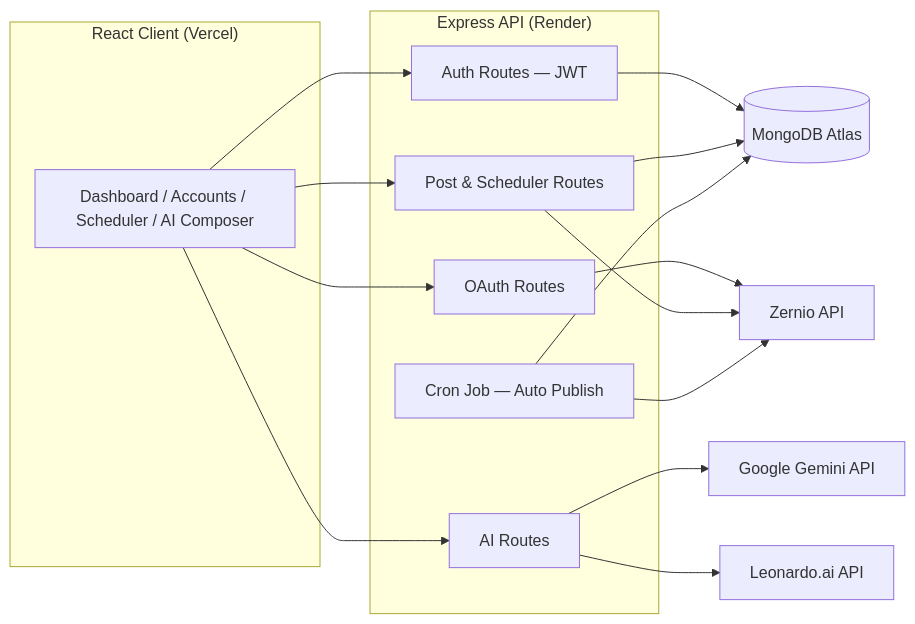
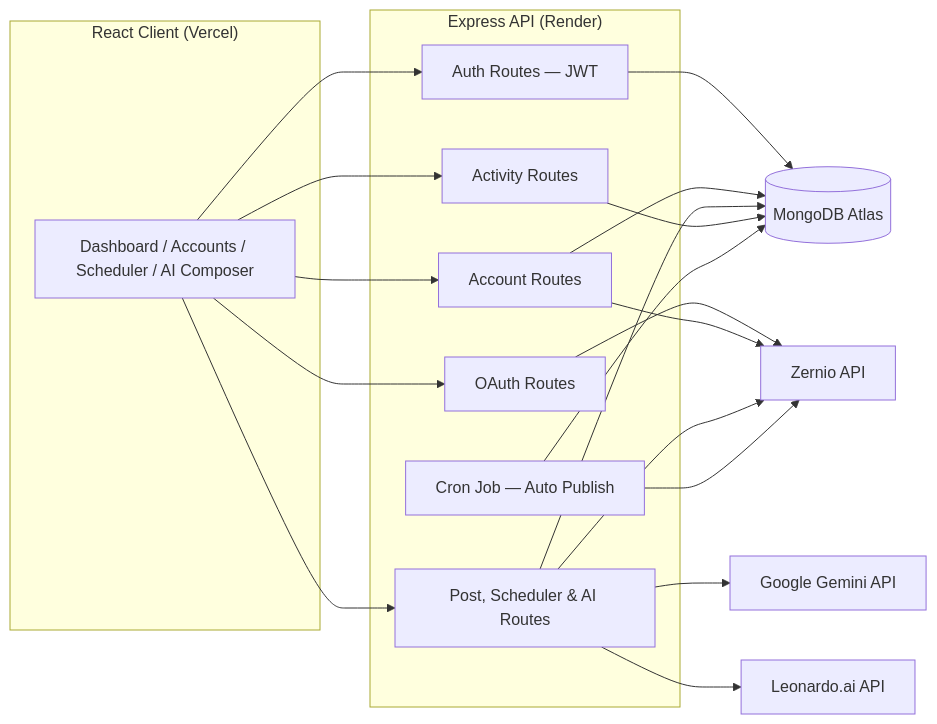
Before and after one commit to vectorwizard/Social-Media-Scheduler: the diagram in README.md, drawn with Mermaid. The commit also changed other lines of this file, not shown here.

````diff
--- a/README.md
+++ b/README.md
@@ -32,33 +32,38 @@
 ```mermaid
 flowchart LR
     subgraph Client["React Client (Vercel)"]
         UI[Dashboard / Accounts / Scheduler / AI Composer]
     end
 
     subgraph Server["Express API (Render)"]
         Auth[Auth Routes — JWT]
         OAuth[OAuth Routes]
-        Posts[Post & Scheduler Routes]
-        AI[AI Routes]
+        Accounts[Account Routes]
+        Posts[Post, Scheduler & AI Routes]
+        Activity[Activity Routes]
         Cron[Cron Job — Auto Publish]
     end
 
     DB[(MongoDB Atlas)]
     Zernio[Zernio API]
     Gemini[Google Gemini API]
     Leonardo[Leonardo.ai API]
 
     UI --> Auth
     UI --> OAuth
+    UI --> Accounts
     UI --> Posts
-    UI --> AI
+    UI --> Activity
 
     Auth --> DB
     OAuth --> Zernio
+    Accounts --> DB
+    Accounts --> Zernio
     Posts --> DB
     Posts --> Zernio
-    AI --> Gemini
-    AI --> Leonardo
+    Posts --> Gemini
+    Posts --> Leonardo
+    Activity --> DB
     Cron --> DB
     Cron --> Zernio
 ```
````
